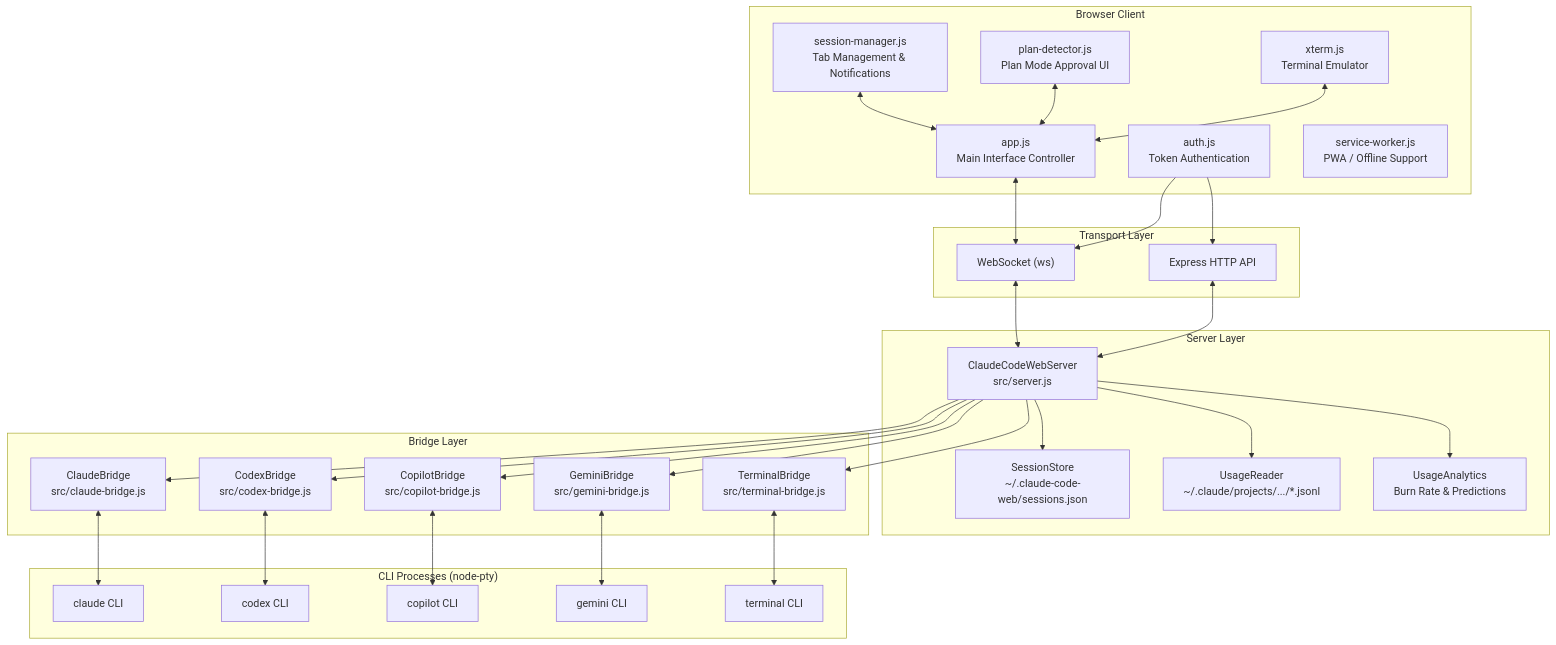
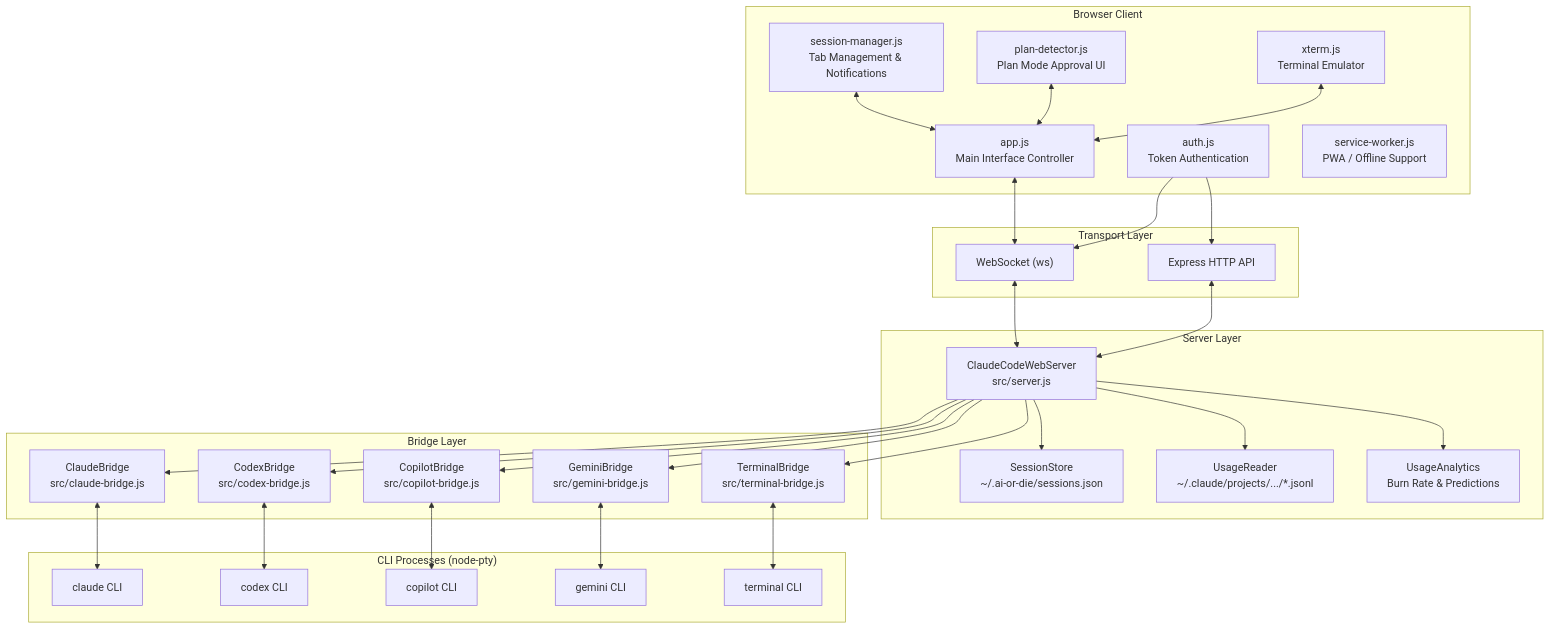
One commit to animeshkundu/ai-or-die changed the first of 5 diagrams in docs/architecture/overview.md. Above: the diagram before and after it, drawn with Mermaid. The commit also changed other lines of this file and 34 other files, not shown here.

````diff
--- a/docs/architecture/overview.md
+++ b/docs/architecture/overview.md
@@ -7,64 +7,64 @@
 ```mermaid
 graph TB
     subgraph Browser["Browser Client"]
         UI["app.js<br/>Main Interface Controller"]
         SM["session-manager.js<br/>Tab Management & Notifications"]
         PD["plan-detector.js<br/>Plan Mode Approval UI"]
         XT["xterm.js<br/>Terminal Emulator"]
         AUTH["auth.js<br/>Token Authentication"]
         SW["service-worker.js<br/>PWA / Offline Support"]
     end
 
     subgraph Transport["Transport Layer"]
         WS["WebSocket (ws)"]
         HTTP["Express HTTP API"]
     end
 
     subgraph Server["Server Layer"]
         SRV["ClaudeCodeWebServer<br/>src/server.js"]
-        SS["SessionStore<br/>~/.claude-code-web/sessions.json"]
+        SS["SessionStore<br/>~/.ai-or-die/sessions.json"]
         UR["UsageReader<br/>~/.claude/projects/.../*.jsonl"]
         UA["UsageAnalytics<br/>Burn Rate & Predictions"]
     end
 
     subgraph Bridges["Bridge Layer"]
         CB["ClaudeBridge<br/>src/claude-bridge.js"]
         XB["CodexBridge<br/>src/codex-bridge.js"]
         CPB["CopilotBridge<br/>src/copilot-bridge.js"]
         GB["GeminiBridge<br/>src/gemini-bridge.js"]
         TB["TerminalBridge<br/>src/terminal-bridge.js"]
     end
 
     subgraph CLIs["CLI Processes (node-pty)"]
         CLAUDE["claude CLI"]
         CODEX["codex CLI"]
         COPILOT["copilot CLI"]
         GEMINI["gemini CLI"]
         TERMINAL["terminal CLI"]
     end
 
     UI <--> WS
     SM <--> UI
     PD <--> UI
     XT <--> UI
     AUTH --> HTTP
     AUTH --> WS
 
     WS <--> SRV
     HTTP <--> SRV
 
     SRV --> SS
     SRV --> UR
     SRV --> UA
     SRV --> CB
     SRV --> XB
     SRV --> CPB
     SRV --> GB
     SRV --> TB
 
     CB <--> CLAUDE
     XB <--> CODEX
     CPB <--> COPILOT
     GB <--> GEMINI
     TB <--> TERMINAL
 ```
````
